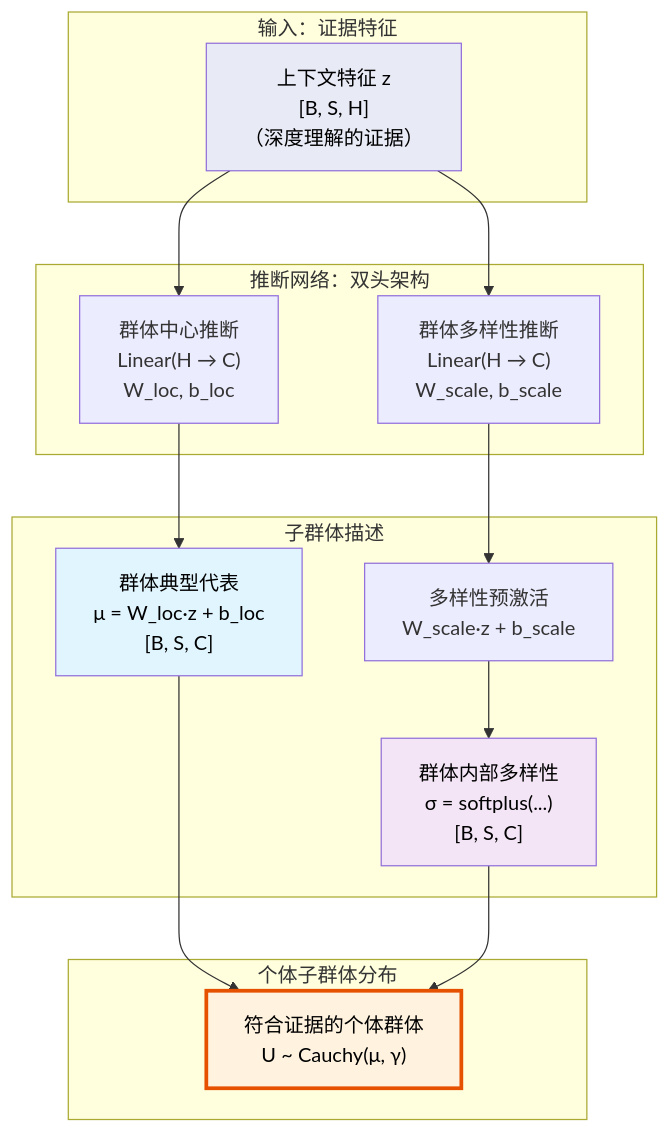
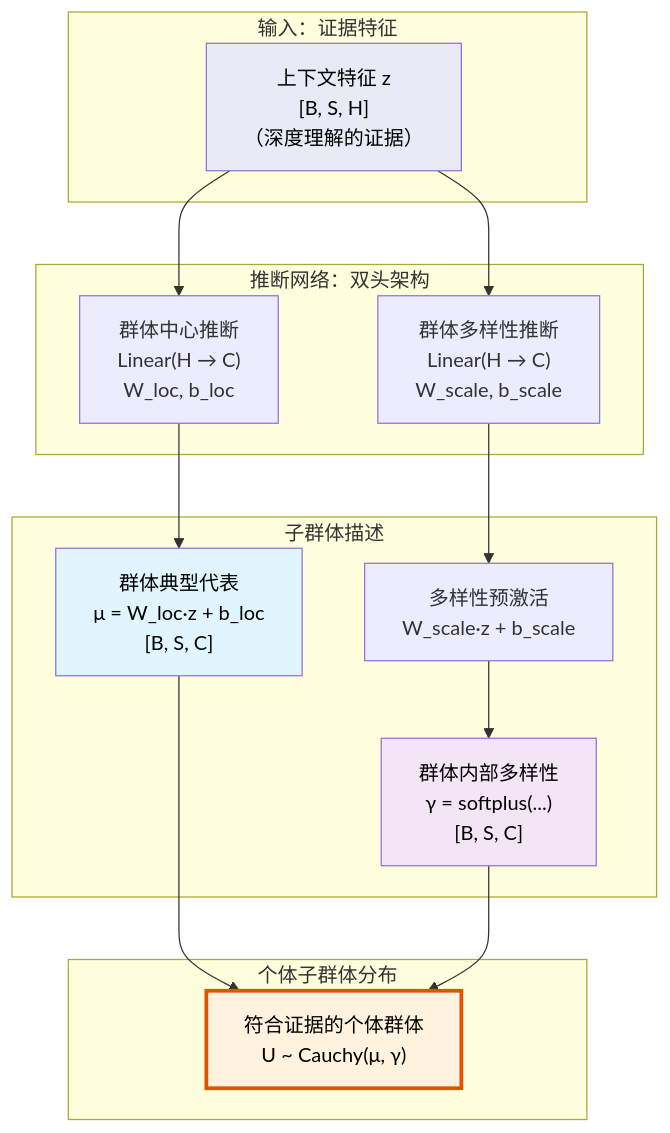
Before and after one commit to 1587causalai/CausalQwen: the fifth of 16 diagrams in design-docs/causal_qwen_text_only.md, drawn with Mermaid. The commit also changed other lines of this file, not shown here.

````diff
--- a/design-docs/causal_qwen_text_only.md
+++ b/design-docs/causal_qwen_text_only.md
@@ -186,27 +186,27 @@
 ```mermaid
 graph TD
     subgraph "输入：证据特征"
         Z["上下文特征 z<br>[B, S, H]<br>（深度理解的证据）"]
     end
     
     subgraph "推断网络：双头架构"
         Z --> L1["群体中心推断<br>Linear(H → C)<br>W_loc, b_loc"]
         Z --> L2["群体多样性推断<br>Linear(H → C)<br>W_scale, b_scale"]
     end
     
     subgraph "子群体描述"
         L1 --> LOC["群体典型代表<br>μ = W_loc·z + b_loc<br>[B, S, C]"]
         L2 --> PRE["多样性预激活<br>W_scale·z + b_scale"]
-        PRE --> SCALE["群体内部多样性<br>σ = softplus(...)<br>[B, S, C]"]
+        PRE --> SCALE["群体内部多样性<br>γ = softplus(...)<br>[B, S, C]"]
     end
     
     subgraph "个体子群体分布"
         LOC --> DIST["符合证据的个体群体<br>U ~ Cauchy(μ, γ)"]
         SCALE --> DIST
     end
     
     style Z fill:#e8eaf6,color:#000
     style DIST fill:#fff3e0,stroke:#e65100,stroke-width:3px,color:#000
     style LOC fill:#e1f5fe,color:#000
     style SCALE fill:#f3e5f5,color:#000
 ```
````
